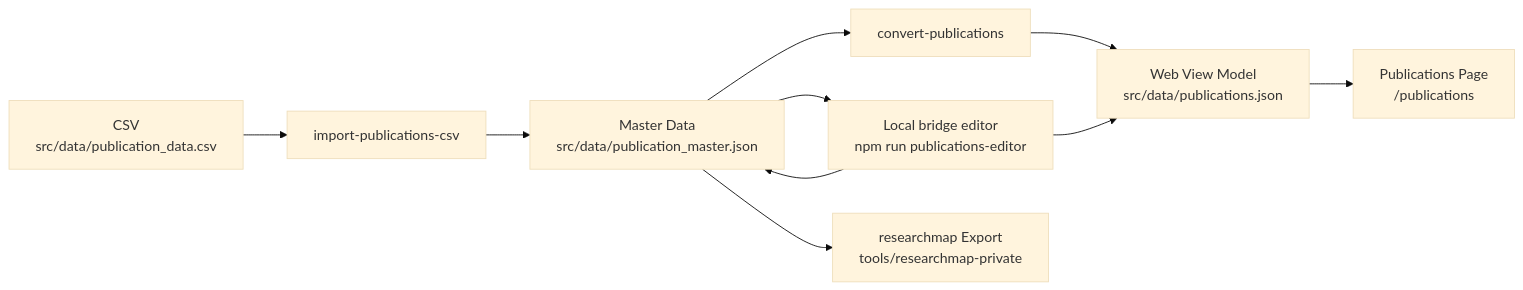
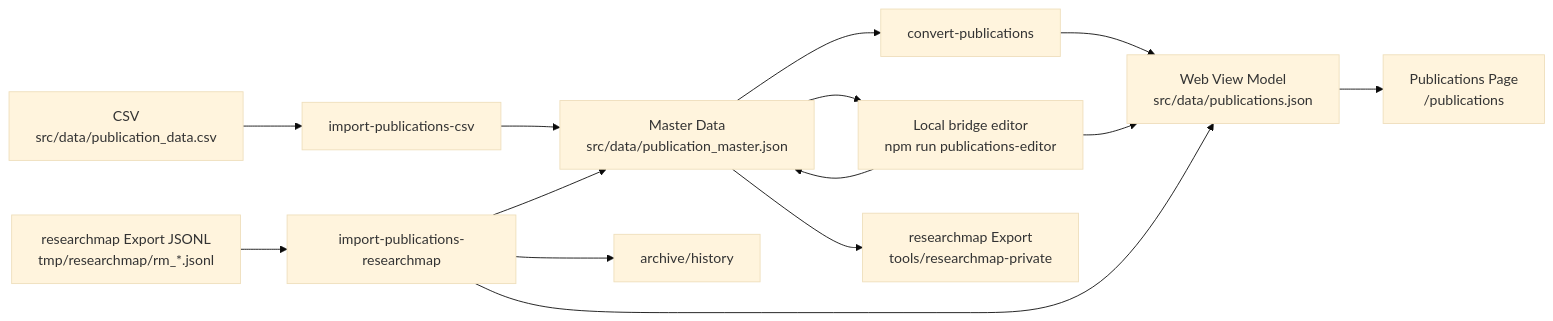
Before and after one commit to tomiokario/my-web-page: the diagram in docs/admin/publications-management.md, drawn with Mermaid (base theme). The commit also changed other lines of this file and 10 other files, not shown here.

Commit message:
Add researchmap import CLI

````diff
--- a/docs/admin/publications-management.md
+++ b/docs/admin/publications-management.md
@@ -60,12 +86,16 @@
 ```mermaid
 flowchart LR
     A[CSV<br/>src/data/publication_data.csv] --> B[import-publications-csv]
     B --> C[Master Data<br/>src/data/publication_master.json]
     C --> D[convert-publications]
     D --> E[Web View Model<br/>src/data/publications.json]
     C --> F[Local bridge editor<br/>npm run publications-editor]
     F --> C
     F --> E
     E --> G[Publications Page<br/>/publications]
     C --> H[researchmap Export<br/>tools/researchmap-private]
+    I[researchmap Export JSONL<br/>tmp/researchmap/rm_*.jsonl] --> J[import-publications-researchmap]
+    J --> C
+    J --> E
+    J --> K[archive/history]
 ```
````
